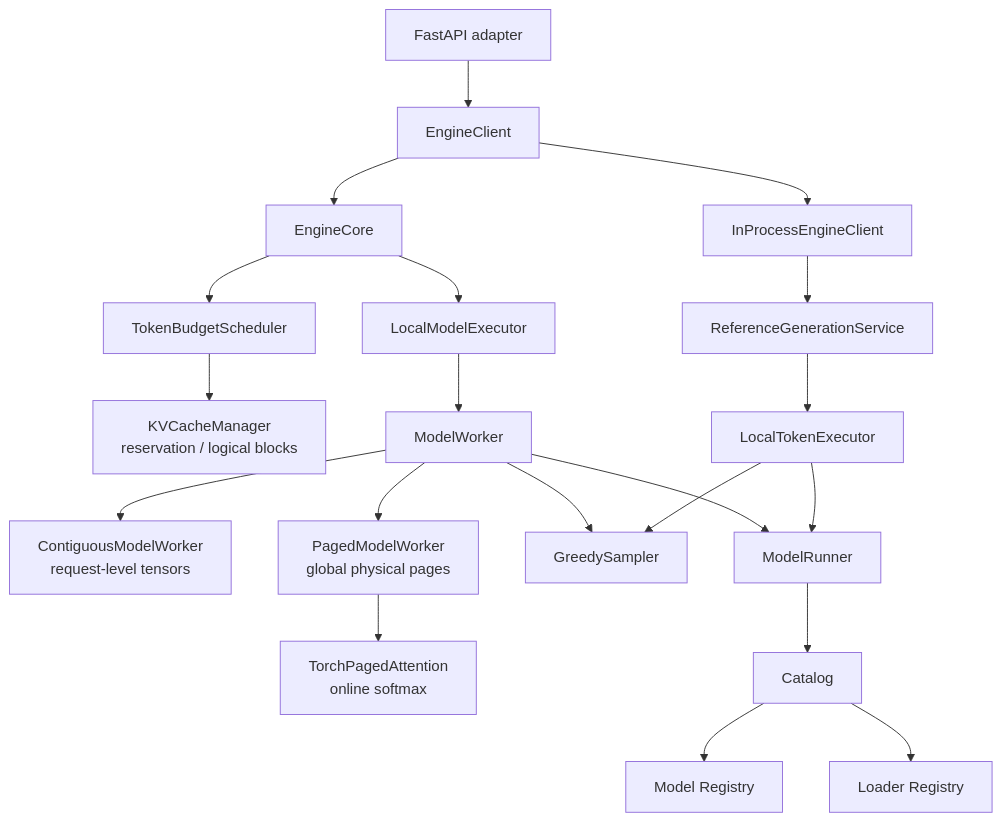
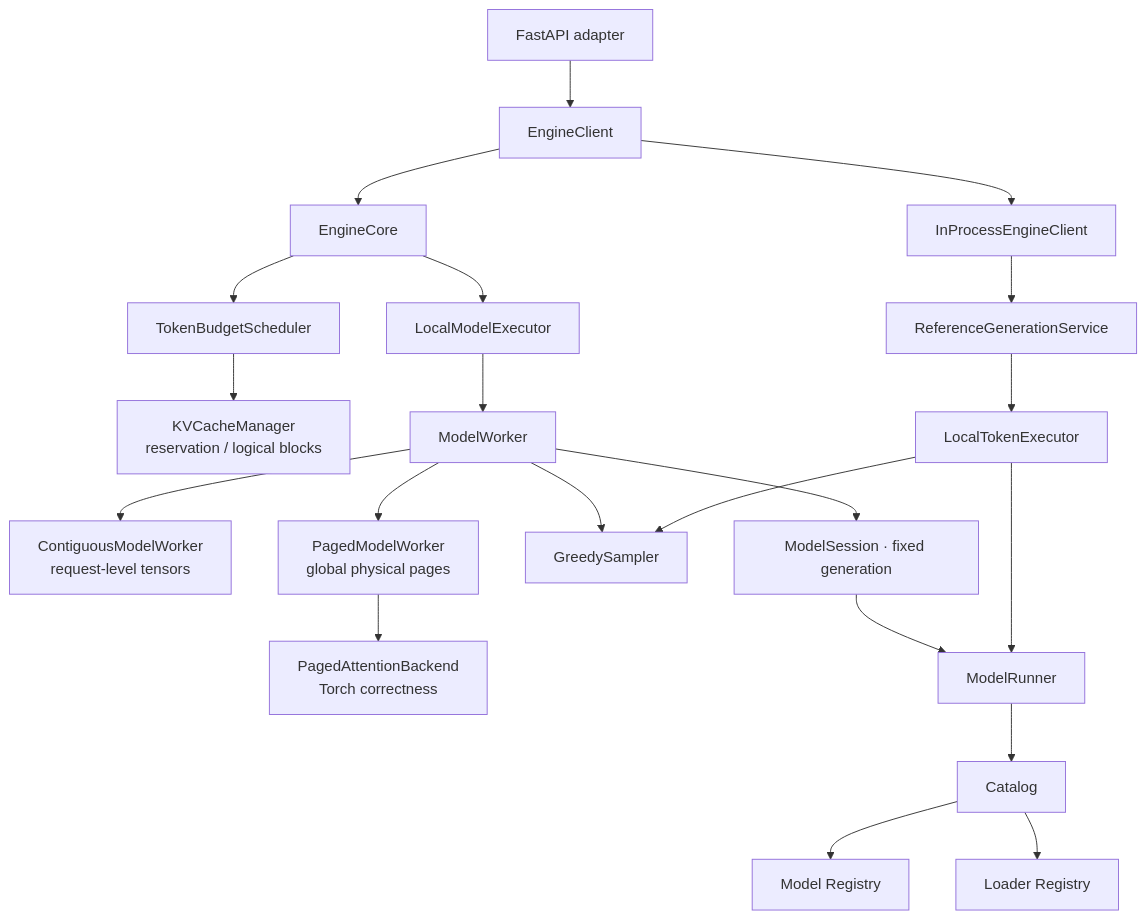
The first of 3 diagrams in docs/design.md (poorpaper/light-vllm), drawn with Mermaid before and after one commit. The commit also changed other lines of this file and 40 other files, not shown here.

````diff
--- a/docs/design.md
+++ b/docs/design.md
@@ -45,25 +57,26 @@
 ```mermaid
 flowchart TB
     HTTP["FastAPI adapter"] --> Client["EngineClient"]
 
     Client --> Core["EngineCore"]
     Client --> Bridge["InProcessEngineClient"]
     Bridge --> Reference["ReferenceGenerationService"]
 
     Core --> Scheduler["TokenBudgetScheduler"]
     Scheduler --> LogicalKV["KVCacheManager<br/>reservation / logical blocks"]
     Core --> Executor["LocalModelExecutor"]
     Executor --> Worker["ModelWorker"]
     Worker --> Contiguous["ContiguousModelWorker<br/>request-level tensors"]
     Worker --> Paged["PagedModelWorker<br/>global physical pages"]
-    Paged --> Attention["TorchPagedAttention<br/>online softmax"]
+    Paged --> Attention["PagedAttentionBackend<br/>Torch correctness"]
     Worker --> Sampler["GreedySampler"]
     Reference --> TokenExecutor["LocalTokenExecutor"]
     TokenExecutor --> Sampler
 
-    Worker --> Runner["ModelRunner"]
+    Worker --> Session["ModelSession · fixed generation"]
+    Session --> Runner["ModelRunner"]
     TokenExecutor --> Runner
     Runner --> Catalog["Catalog"]
     Catalog --> Models["Model Registry"]
     Catalog --> Loaders["Loader Registry"]
 ```
````
